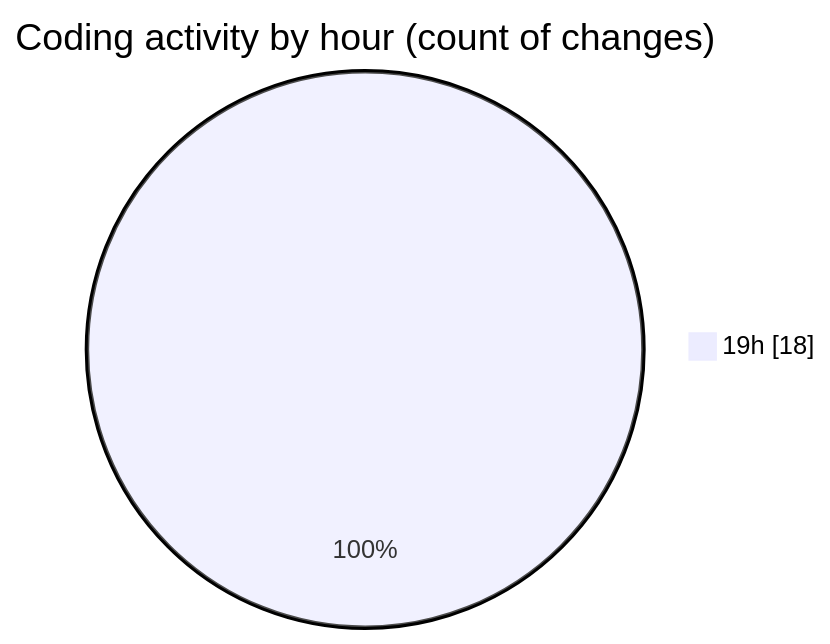
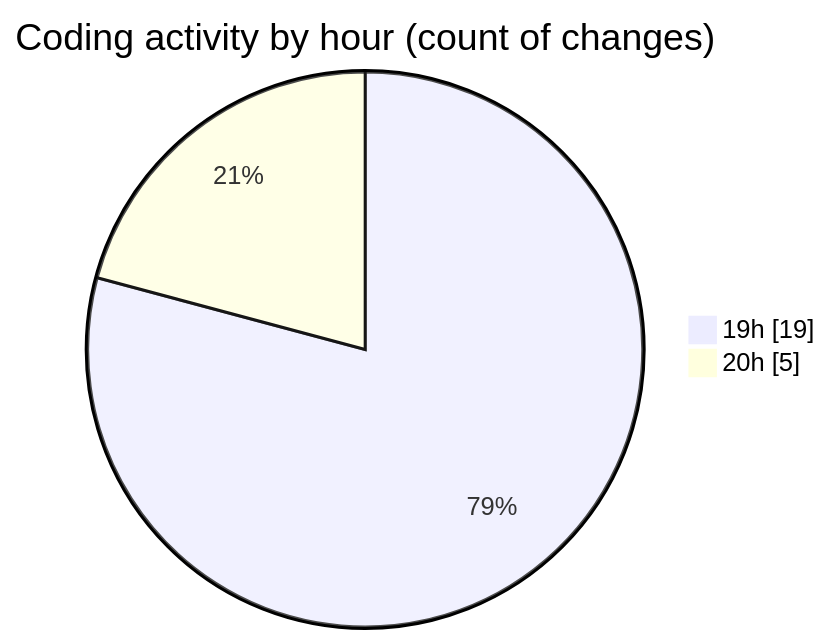
One commit to momahboobian/code-tracking changed the second of 2 diagrams in 2025-05-12/news-clock-system-caspercg/README.md. Above: the diagram before and after it, drawn with Mermaid. The commit also changed other lines of this file and 1 other file, not shown here.

````diff
--- a/2025-05-12/news-clock-system-caspercg/README.md
+++ b/2025-05-12/news-clock-system-caspercg/README.md
@@ -33,5 +33,6 @@
 ```mermaid
 pie showData
 title Coding activity by hour (count of changes)
-"19h" : 18
+"19h" : 19
+"20h" : 5
 ```
````
